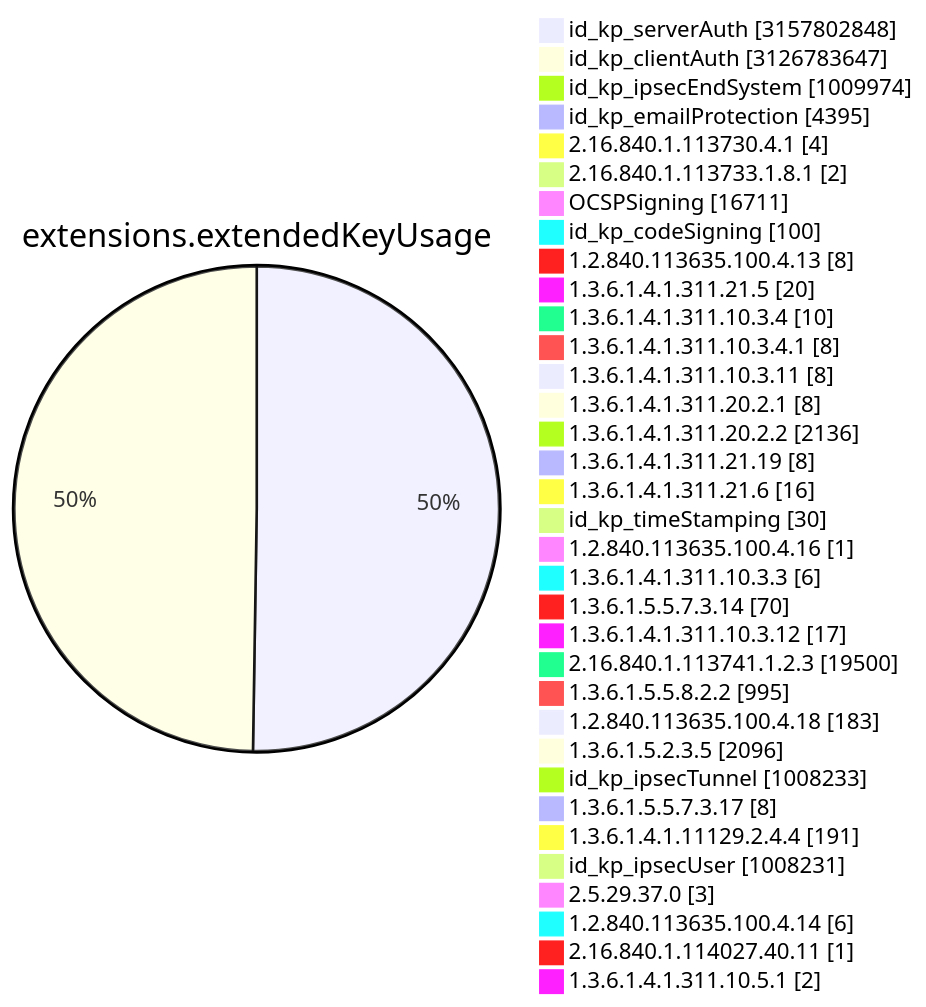
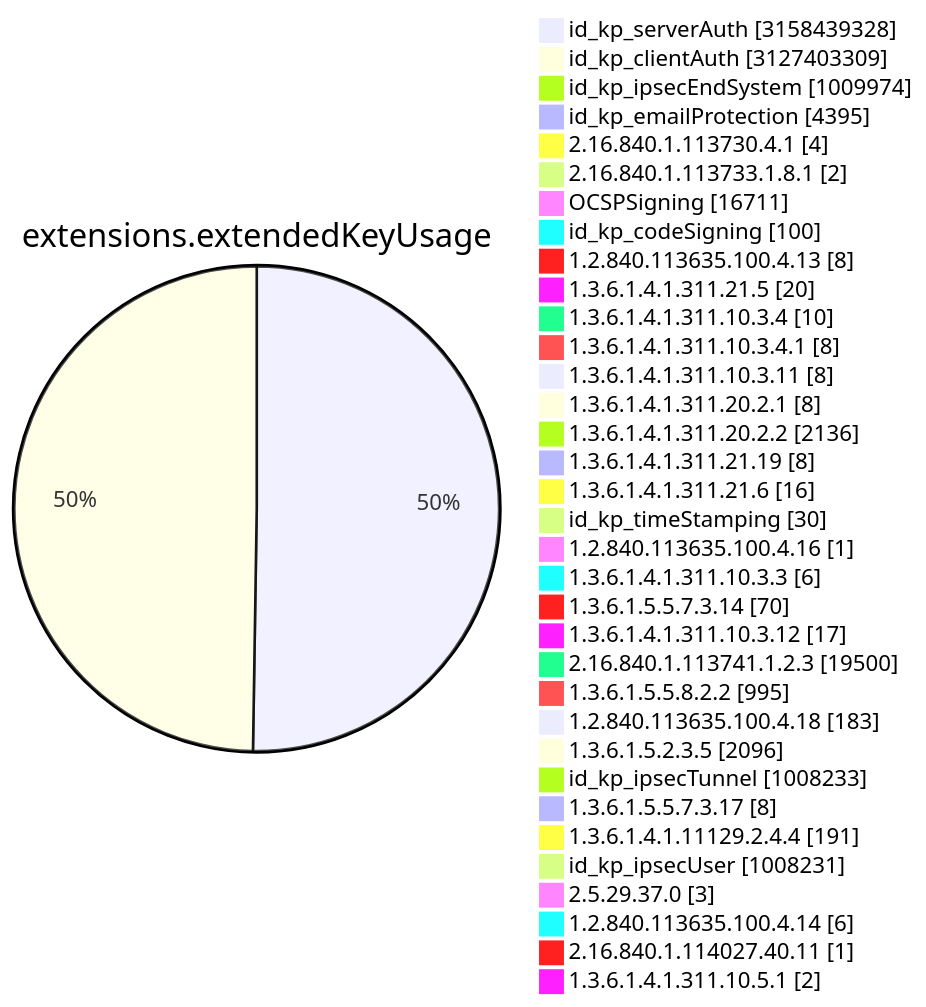
Before and after one commit to christiankrug/ctmonitor_visualization: diagram 11 of 15 in TOTAL/README.md, drawn with Mermaid. The commit also changed other lines of this file, not shown here.

````diff
--- a/TOTAL/README.md
+++ b/TOTAL/README.md
@@ -4119,38 +4119,38 @@
 ```mermaid
 pie showData
 title extensions.extendedKeyUsage
-"id_kp_serverAuth" :3157802848
-"id_kp_clientAuth" :3126783647
+"id_kp_serverAuth" :3158439328
+"id_kp_clientAuth" :3127403309
 "id_kp_ipsecEndSystem" :1009974
 "id_kp_emailProtection" :4395
 "2.16.840.1.113730.4.1" :4
 "2.16.840.1.113733.1.8.1" :2
 "OCSPSigning" :16711
 "id_kp_codeSigning" :100
 "1.2.840.113635.100.4.13" :8
 "1.3.6.1.4.1.311.21.5" :20
 "1.3.6.1.4.1.311.10.3.4" :10
 "1.3.6.1.4.1.311.10.3.4.1" :8
 "1.3.6.1.4.1.311.10.3.11" :8
 "1.3.6.1.4.1.311.20.2.1" :8
 "1.3.6.1.4.1.311.20.2.2" :2136
 "1.3.6.1.4.1.311.21.19" :8
 "1.3.6.1.4.1.311.21.6" :16
 "id_kp_timeStamping" :30
 "1.2.840.113635.100.4.16" :1
 "1.3.6.1.4.1.311.10.3.3" :6
 "1.3.6.1.5.5.7.3.14" :70
 "1.3.6.1.4.1.311.10.3.12" :17
 "2.16.840.1.113741.1.2.3" :19500
 "1.3.6.1.5.5.8.2.2" :995
 "1.2.840.113635.100.4.18" :183
 "1.3.6.1.5.2.3.5" :2096
 "id_kp_ipsecTunnel" :1008233
 "1.3.6.1.5.5.7.3.17" :8
 "1.3.6.1.4.1.11129.2.4.4" :191
 "id_kp_ipsecUser" :1008231
 "2.5.29.37.0" :3
 "1.2.840.113635.100.4.14" :6
 "2.16.840.1.114027.40.11" :1
 "1.3.6.1.4.1.311.10.5.1" :2
 ```
````
